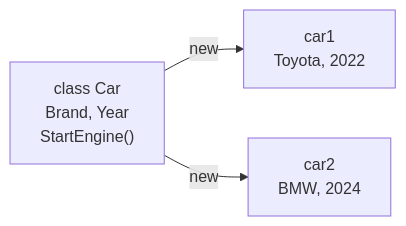
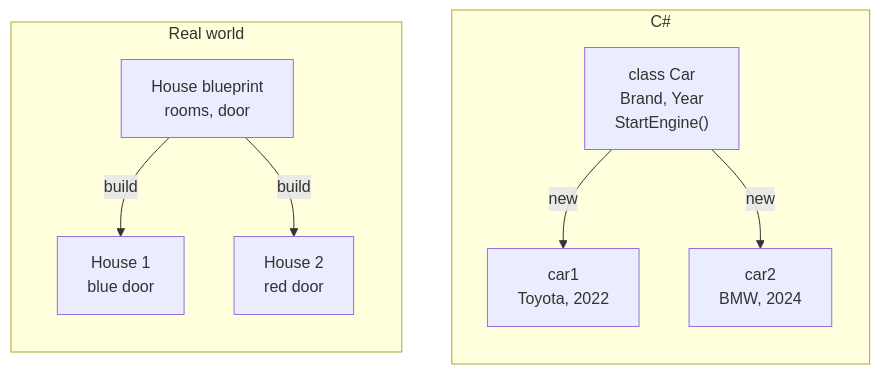
One commit to Mo3bdelrahman/Andalusia-Academy-Dot-Net changed the second of 29 diagrams in Session05/dotnet-backend-session-05-notes.md. Above: the diagram before and after it, drawn with Mermaid. The commit also changed other lines of this file, not shown here.

````diff
--- a/Session05/dotnet-backend-session-05-notes.md
+++ b/Session05/dotnet-backend-session-05-notes.md
@@ -136,5 +148,14 @@
 ```mermaid
 flowchart LR
-    CLS["class Car<br/>Brand, Year<br/>StartEngine()"] -->|"new"| O1["car1<br/>Toyota, 2022"]
-    CLS -->|"new"| O2["car2<br/>BMW, 2024"]
+    subgraph REAL["Real world"]
+        direction TB
+        BP["House blueprint<br/>rooms, door"] -->|"build"| H1["House 1<br/>blue door"]
+        BP -->|"build"| H2["House 2<br/>red door"]
+    end
+    subgraph CODE["C#"]
+        direction TB
+        CLS["class Car<br/>Brand, Year<br/>StartEngine()"] -->|"new"| O1["car1<br/>Toyota, 2022"]
+        CLS -->|"new"| O2["car2<br/>BMW, 2024"]
+    end
+    REAL ~~~ CODE
 ```
````
